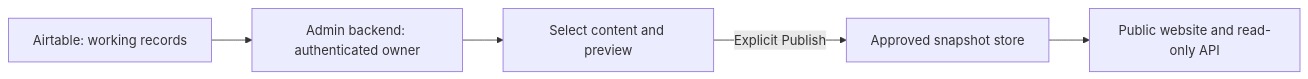
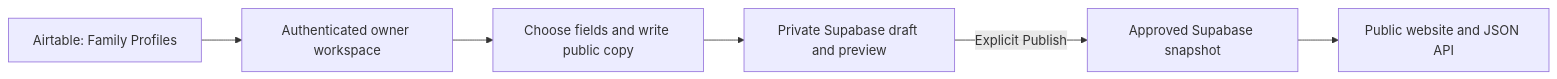
The diagram in docs/architecture.md (sathwikdoddi/aster-project-atl), drawn with Mermaid before and after one commit. The commit also changed other lines of this file and 66 other files, not shown here.

Commit message:
Build owner dashboard and approved snapshot publishing

````diff
--- a/docs/architecture.md
+++ b/docs/architecture.md
@@ -13,7 +12,8 @@
 ```mermaid
 flowchart LR
-  A[Airtable: working records] --> B[Admin backend: authenticated owner]
-  B --> C[Select content and preview]
-  C -->|Explicit Publish| D[Approved snapshot store]
-  D --> E[Public website and read-only API]
+  A[Airtable: Family Profiles] --> B[Authenticated owner workspace]
+  B --> C[Choose fields and write public copy]
+  C --> D[Private Supabase draft and preview]
+  D -->|Explicit Publish| E[Approved Supabase snapshot]
+  E --> F[Public website and JSON API]
 ```
````
